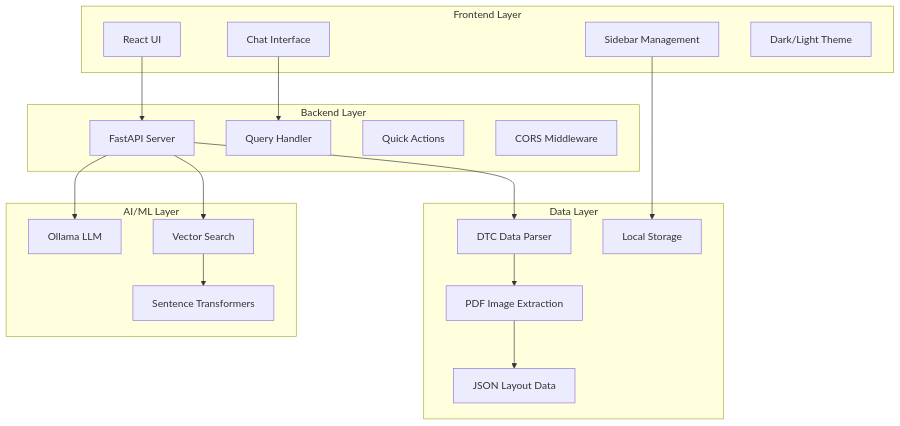
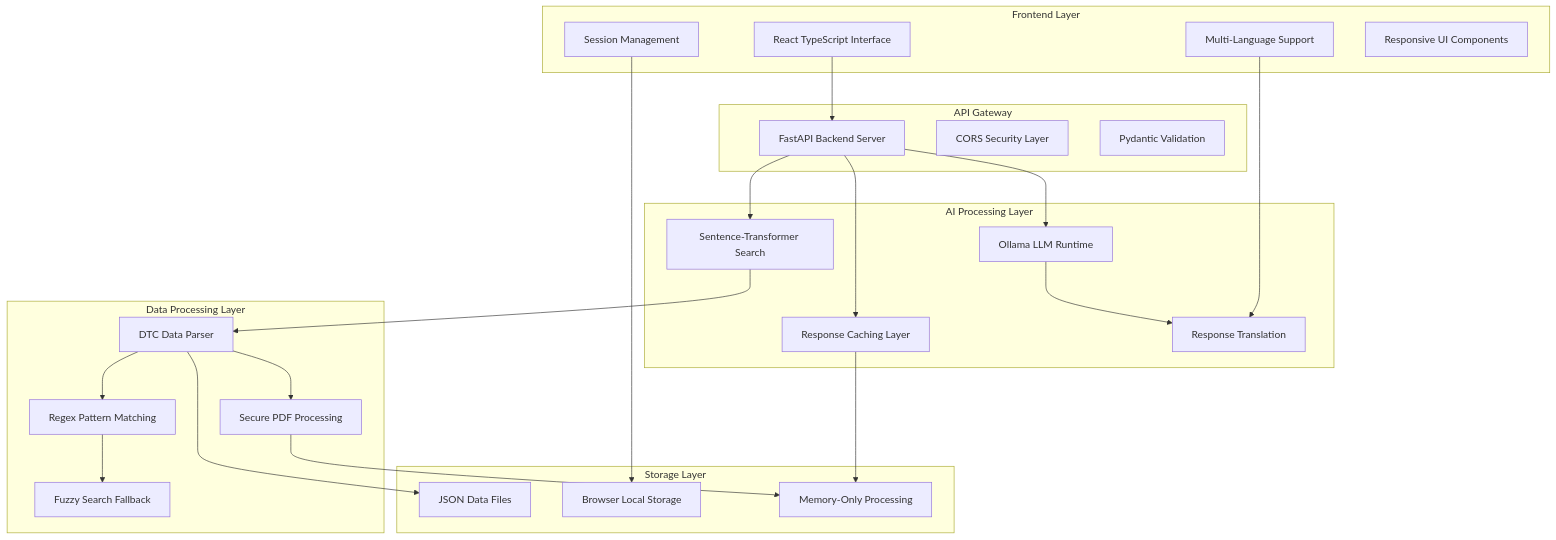
The diagram in README.md (meraxesism/DiaNav), drawn with Mermaid before and after one commit. The commit also changed other lines of this file, not shown here.

````diff
--- a/README.md
+++ b/README.md
@@ -191,39 +366,55 @@
 ```mermaid
 graph TB
     subgraph "Frontend Layer"
-        UI[React UI]
-        Chat[Chat Interface]
-        Sidebar[Sidebar Management]
-        Theme[Dark/Light Theme]
+        React[React TypeScript Interface]
+        i18n[Multi-Language Support]
+        Sessions[Session Management]
+        UI[Responsive UI Components]
     end
     
-    subgraph "Backend Layer"
-        API[FastAPI Server]
-        Query[Query Handler]
-        QuickActions[Quick Actions]
-        CORS[CORS Middleware]
+    subgraph "API Gateway"
+        FastAPI[FastAPI Backend Server]
+        CORS[CORS Security Layer]
+        Validation[Pydantic Validation]
     end
     
-    subgraph "AI/ML Layer"
-        Ollama[Ollama LLM]
-        VectorSearch[Vector Search]
-        Embeddings[Sentence Transformers]
+    subgraph "AI Processing Layer"
+        Ollama[Ollama LLM Runtime]
+        VectorSearch[Sentence-Transformer Search]
+        Cache[Response Caching Layer]
+        Translation[Response Translation]
     end
     
-    subgraph "Data Layer"
-        DTCData[DTC Data Parser]
-        PDFExtract[PDF Image Extraction]
-        JSONLayout[JSON Layout Data]
-        LocalStorage[Local Storage]
+    subgraph "Data Processing Layer"
+        DTCParser[DTC Data Parser]
+        PDFProcessor[Secure PDF Processing]
+        PatternMatch[Regex Pattern Matching]
+        FuzzySearch[Fuzzy Search Fallback]
     end
     
-    UI --> API
-    Chat --> Query
-    Sidebar --> LocalStorage
-    API --> Ollama
-    API --> VectorSearch
-    VectorSearch --> Embeddings
-    API --> DTCData
-    DTCData --> PDFExtract
-    PDFExtract --> JSONLayout
+    subgraph "Storage Layer"
+        JSONData[JSON Data Files]
+        LocalStorage[Browser Local Storage]
+        MemoryOnly[Memory-Only Processing]
+    end
+    
+    React --> FastAPI
+    i18n --> Translation
+    Sessions --> LocalStorage
+    
+    FastAPI --> Ollama
+    FastAPI --> VectorSearch
+    FastAPI --> Cache
+    
+    VectorSearch --> DTCParser
+    Ollama --> Translation
+    
+    DTCParser --> PDFProcessor
+    DTCParser --> PatternMatch
+    PatternMatch --> FuzzySearch
+    
+    PDFProcessor --> MemoryOnly
+    DTCParser --> JSONData
+    
+    Cache --> MemoryOnly
 ```
````
